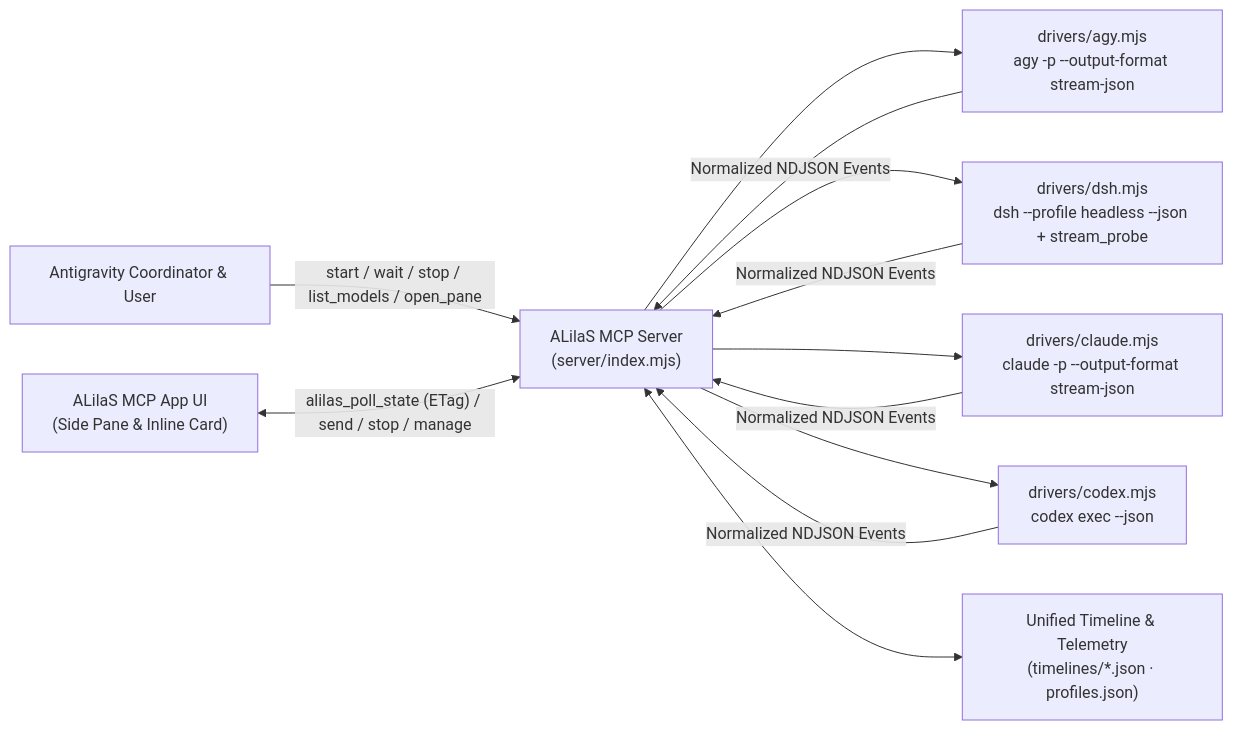
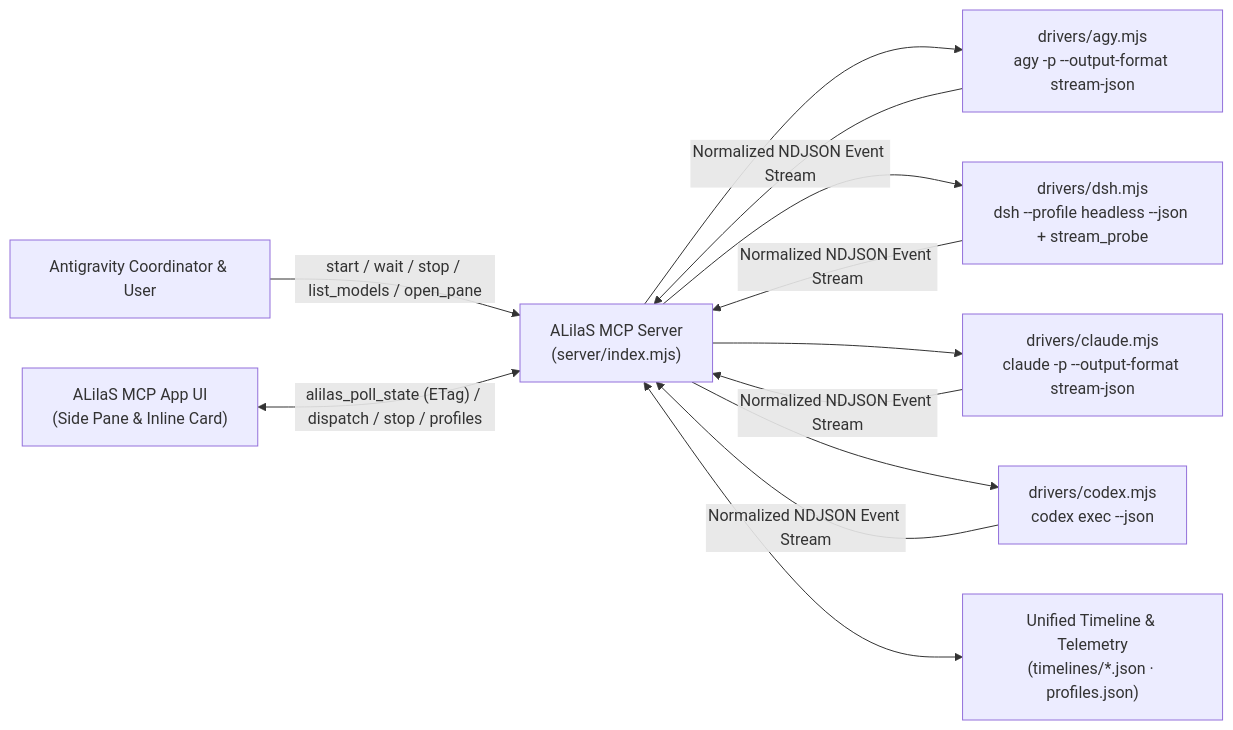
One commit to AsahiYi/ALilaS changed the diagram in README.md. Above: the diagram before and after it, drawn with Mermaid. The commit also changed other lines of this file and 5 other files, not shown here.

````diff
--- a/README.md
+++ b/README.md
@@ -53,18 +65,18 @@
 ```mermaid
 flowchart LR
     Coord["Antigravity Coordinator & User"]
     MCP["ALilaS MCP Server<br/>(server/index.mjs)"]
     UI["ALilaS MCP App UI<br/>(Side Pane & Inline Card)"]
     Store["Unified Timeline & Telemetry<br/>(timelines/*.json · profiles.json)"]
 
     D1["drivers/agy.mjs<br/>agy -p --output-format stream-json"]
     D2["drivers/dsh.mjs<br/>dsh --profile headless --json + stream_probe"]
     D3["drivers/claude.mjs<br/>claude -p --output-format stream-json"]
     D4["drivers/codex.mjs<br/>codex exec --json"]
 
     Coord -->|"start / wait / stop / list_models / open_pane"| MCP
     MCP --> D1 & D2 & D3 & D4
-    D1 & D2 & D3 & D4 -->|"Normalized NDJSON Events"| MCP
+    D1 & D2 & D3 & D4 -->|"Normalized NDJSON Event Stream"| MCP
     MCP <--> Store
-    UI <-->|"alilas_poll_state (ETag) / send / stop / manage"| MCP
+    UI <-->|"alilas_poll_state (ETag) / dispatch / stop / profiles"| MCP
 ```
````
